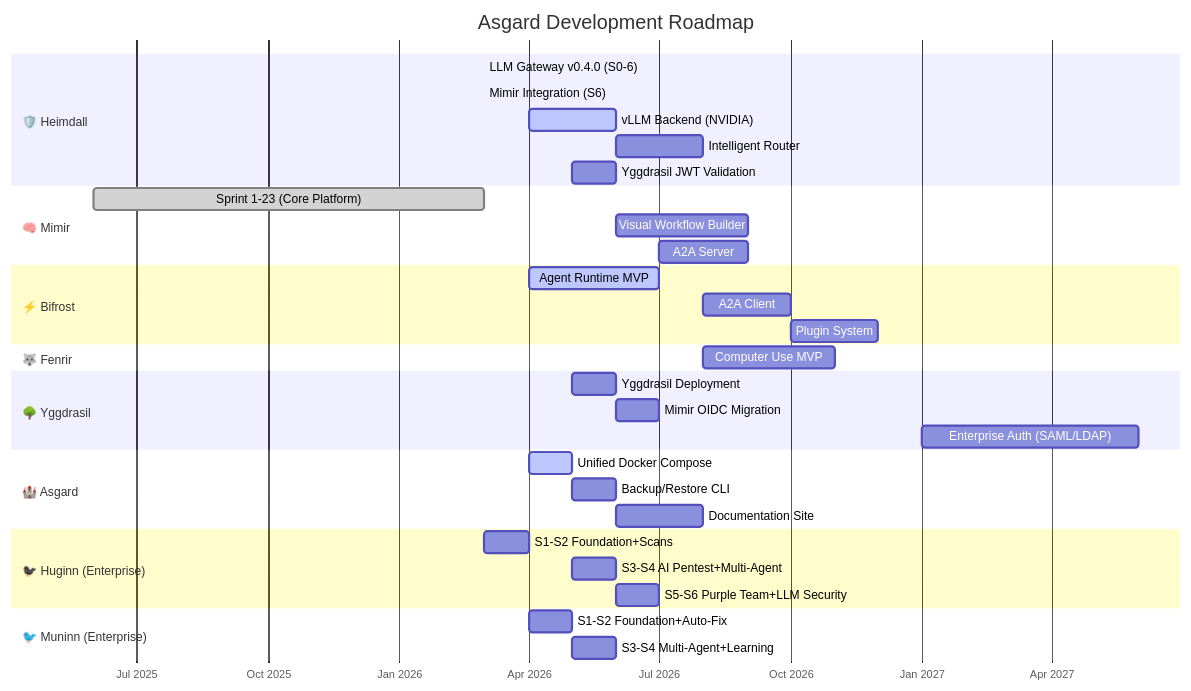
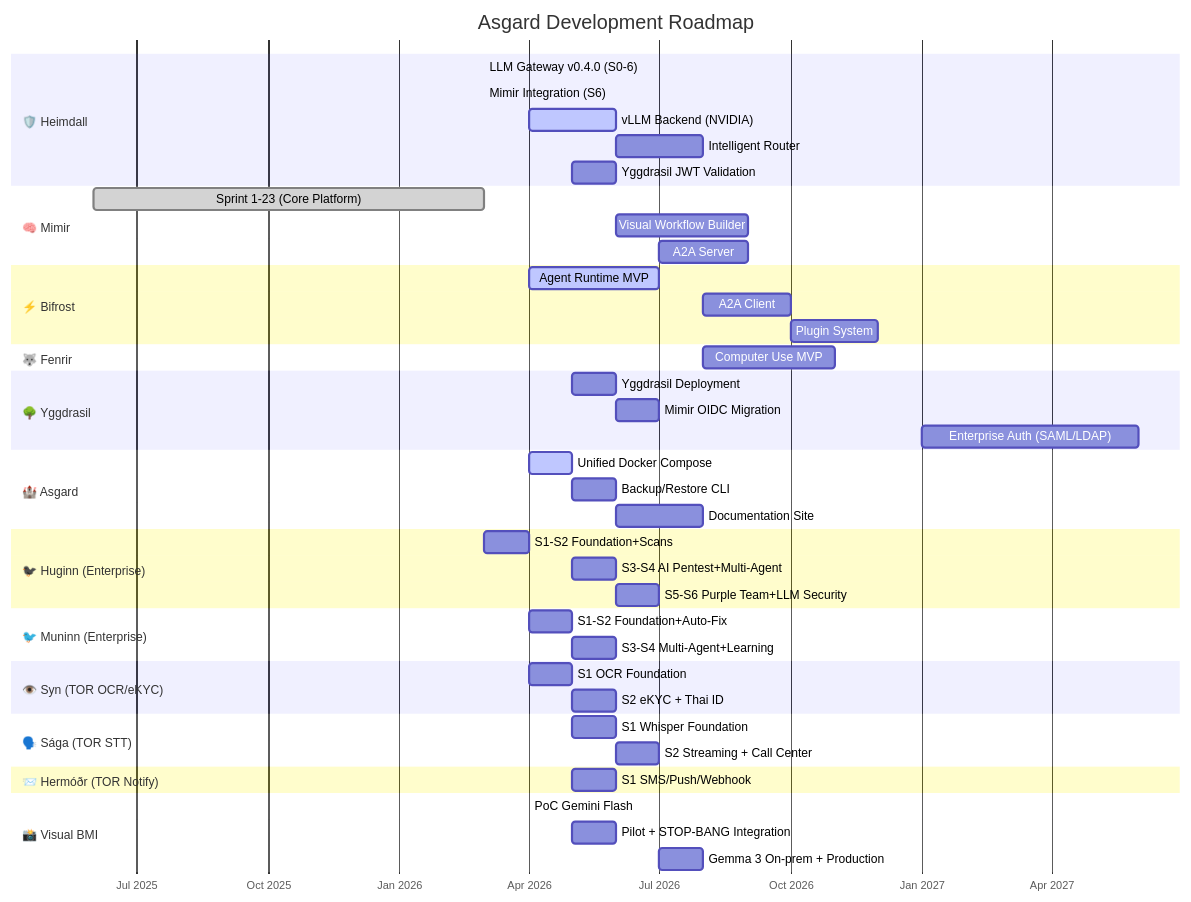
One commit to MegaWiz-Dev-Team/Asgard changed the diagram in docs/strategy/roadmap.md. Above: the diagram before and after it, drawn with Mermaid. The commit also changed other lines of this file and 2 other files, not shown here.

Commit message:
docs: update PM_01 v3.1 + roadmap + sprint plan — Visual BMI PoC, STOP-BANG, Huginn/Muninn S2 done (610+ tests)

````diff
--- a/docs/strategy/roadmap.md
+++ b/docs/strategy/roadmap.md
@@ -11,45 +11,61 @@
 ```mermaid
 gantt
     title Asgard Development Roadmap
     dateFormat  YYYY-MM
     axisFormat  %b %Y
 
     section 🛡️ Heimdall
     LLM Gateway v0.4.0 (S0-6)        :done,    h1, 2026-03, 2026-03
     Mimir Integration (S6)            :done,    h1b, 2026-03, 2026-03
     vLLM Backend (NVIDIA)             :active,  h2, 2026-04, 2026-06
     Intelligent Router                :         h3, 2026-06, 2026-08
     Yggdrasil JWT Validation            :         h4, 2026-05, 2026-06
 
     section 🧠 Mimir
     Sprint 1-23 (Core Platform)       :done,    m1, 2025-06, 2026-03
     Visual Workflow Builder            :         m2, 2026-06, 2026-09
     A2A Server                        :         m3, 2026-07, 2026-09
 
     section ⚡ Bifrost
     Agent Runtime MVP                 :active,  b1, 2026-04, 2026-07
     A2A Client                        :         b2, 2026-08, 2026-10
     Plugin System                     :         b3, 2026-10, 2026-12
 
     section 🐺 Fenrir
     Computer Use MVP                  :         f1, 2026-08, 2026-11
 
     section 🌳 Yggdrasil
     Yggdrasil Deployment                :         y1, 2026-05, 2026-06
     Mimir OIDC Migration              :         y2, 2026-06, 2026-07
     Enterprise Auth (SAML/LDAP)       :         y3, 2027-01, 2027-06
 
     section 🏰 Asgard
     Unified Docker Compose            :active,  a1, 2026-04, 2026-05
     Backup/Restore CLI                :         a2, 2026-05, 2026-06
     Documentation Site                :         a3, 2026-06, 2026-08
 
     section 🐦‍⬛ Huginn (Enterprise)
     S1-S2 Foundation+Scans            :         hg1, 2026-03, 2026-04
     S3-S4 AI Pentest+Multi-Agent      :         hg2, 2026-05, 2026-06
     S5-S6 Purple Team+LLM Security    :         hg3, 2026-06, 2026-07
 
     section 🐦 Muninn (Enterprise)
     S1-S2 Foundation+Auto-Fix         :         mn1, 2026-04, 2026-05
     S3-S4 Multi-Agent+Learning        :         mn2, 2026-05, 2026-06
+
+    section 👁️ Syn (TOR OCR/eKYC)
+    S1 OCR Foundation                 :         syn1, 2026-04, 2026-05
+    S2 eKYC + Thai ID                 :         syn2, 2026-05, 2026-06
+
+    section 🗣️ Sága (TOR STT)
+    S1 Whisper Foundation             :         sag1, 2026-05, 2026-06
+    S2 Streaming + Call Center        :         sag2, 2026-06, 2026-07
+
+    section 📨 Hermóðr (TOR Notify)
+    S1 SMS/Push/Webhook               :         her1, 2026-05, 2026-06
+
+    section 📸 Visual BMI
+    PoC Gemini Flash                  :         vbmi1, 2026-04, 2026-04
+    Pilot + STOP-BANG Integration     :         vbmi2, 2026-05, 2026-06
+    Gemma 3 On-prem + Production      :         vbmi3, 2026-07, 2026-08
 ```
````
